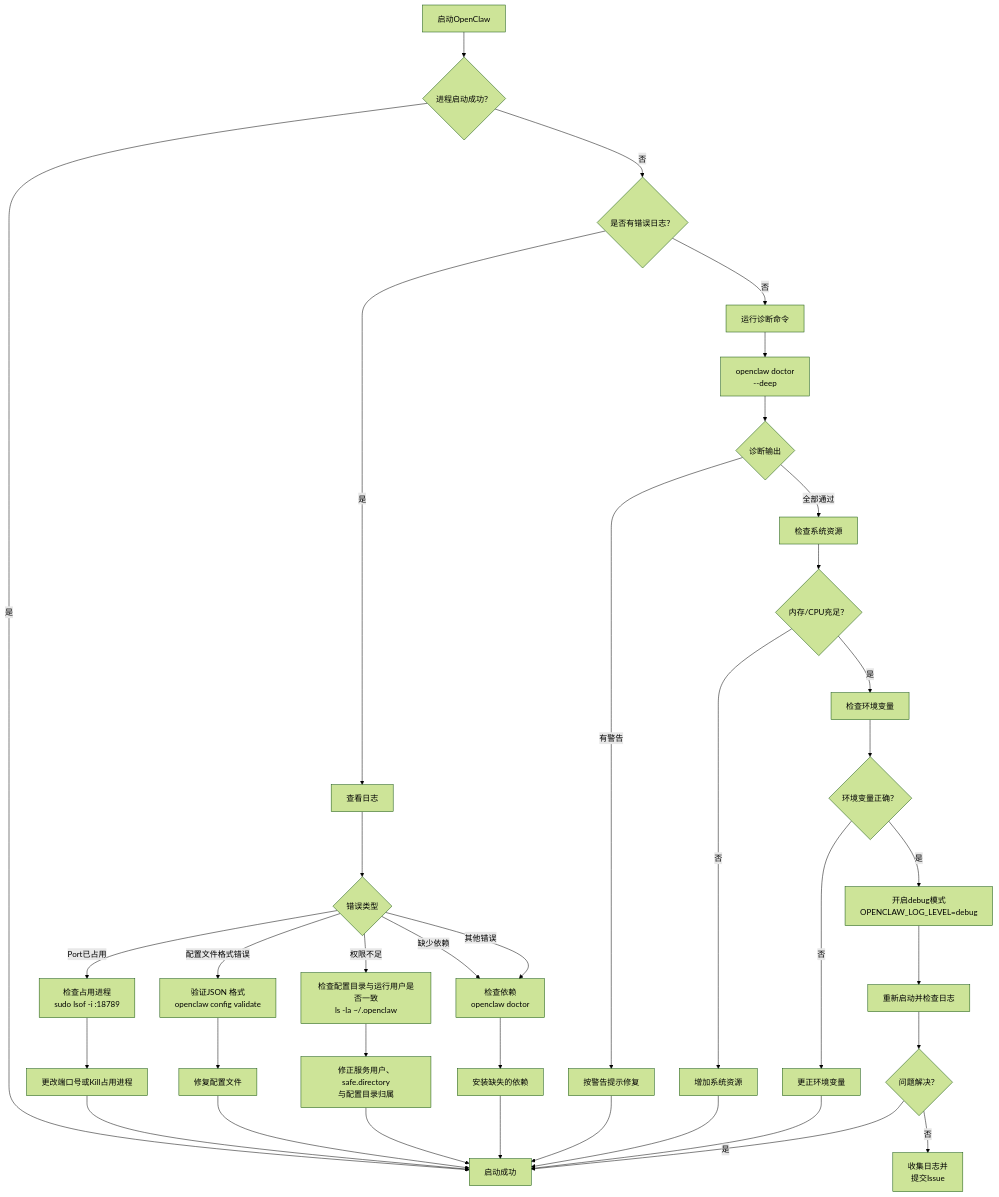
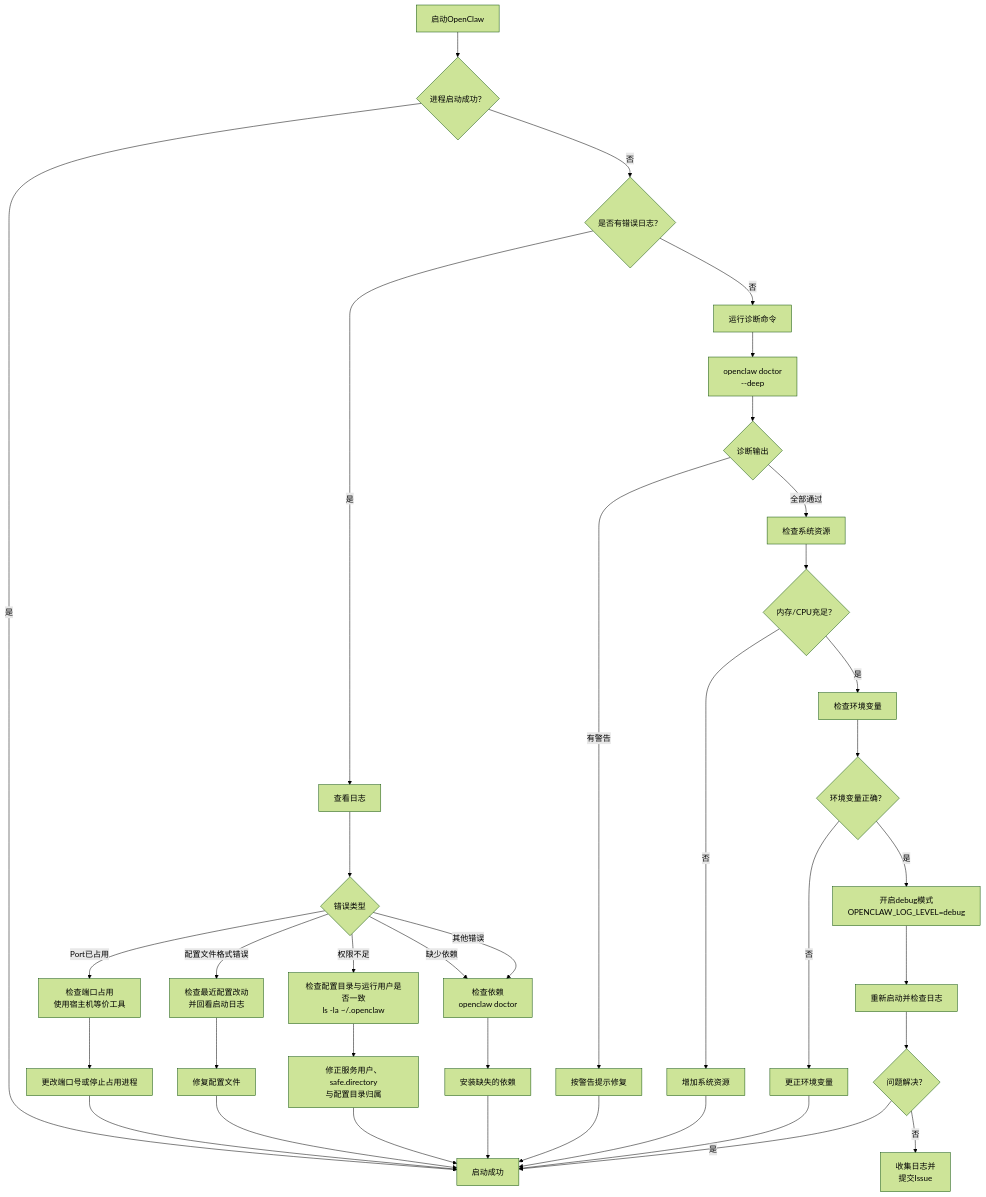
The second of 7 diagrams in 15_troubleshooting_trees/15.1_diagnostic_decision_trees.md (yeasy/openclaw_guide), drawn with Mermaid (forest theme) before and after one commit. The commit also changed other lines of this file and 3 other files, not shown here.

````diff
--- a/15_troubleshooting_trees/15.1_diagnostic_decision_trees.md
+++ b/15_troubleshooting_trees/15.1_diagnostic_decision_trees.md
@@ -49,41 +52,41 @@
 ```mermaid
 graph TD
     A["启动OpenClaw"] --> B{"进程启动成功？"}
     B -->|否| C{"是否有错误日志？"}
     C -->|是| D["查看日志"]
     D --> E{"错误类型"}
-    E -->|Port已占用| F["检查占用进程<br/>sudo lsof -i :18789"]
-    F --> G["更改端口号或Kill占用进程"]
-    E -->|配置文件格式错误| H["验证JSON 格式<br/>openclaw config validate"]
+    E -->|Port已占用| F["检查端口占用<br/>使用宿主机等价工具"]
+    F --> G["更改端口号或停止占用进程"]
+    E -->|配置文件格式错误| H["检查最近配置改动<br/>并回看启动日志"]
     H --> I["修复配置文件"]
     E -->|权限不足| J["检查配置目录与运行用户是否一致<br/>ls -la ~/.openclaw"]
     J --> K["修正服务用户、safe.directory<br/>与配置目录归属"]
     E -->|缺少依赖| L["检查依赖<br/>openclaw doctor"]
     L --> M["安装缺失的依赖"]
     E -->|其他错误| L
 
     C -->|否| N["运行诊断命令"]
     N --> O["openclaw doctor<br/>--deep"]
     O --> P{"诊断输出"}
     P -->|有警告| Q["按警告提示修复"]
     P -->|全部通过| R["检查系统资源"]
     R --> S{"内存/CPU充足？"}
     S -->|否| T["增加系统资源"]
     S -->|是| U["检查环境变量"]
     U --> V{"环境变量正确？"}
     V -->|否| W["更正环境变量"]
     V -->|是| X["开启debug模式<br/>OPENCLAW_LOG_LEVEL=debug"]
     X --> Y["重新启动并检查日志"]
 
     B -->|是| Z["启动成功"]
     G --> Z
     I --> Z
     K --> Z
     M --> Z
     Q --> Z
     T --> Z
     W --> Z
     Y --> AA{"问题解决？"}
     AA -->|是| Z
     AA -->|否| AB["收集日志并<br/>提交Issue"]
 ```
````
